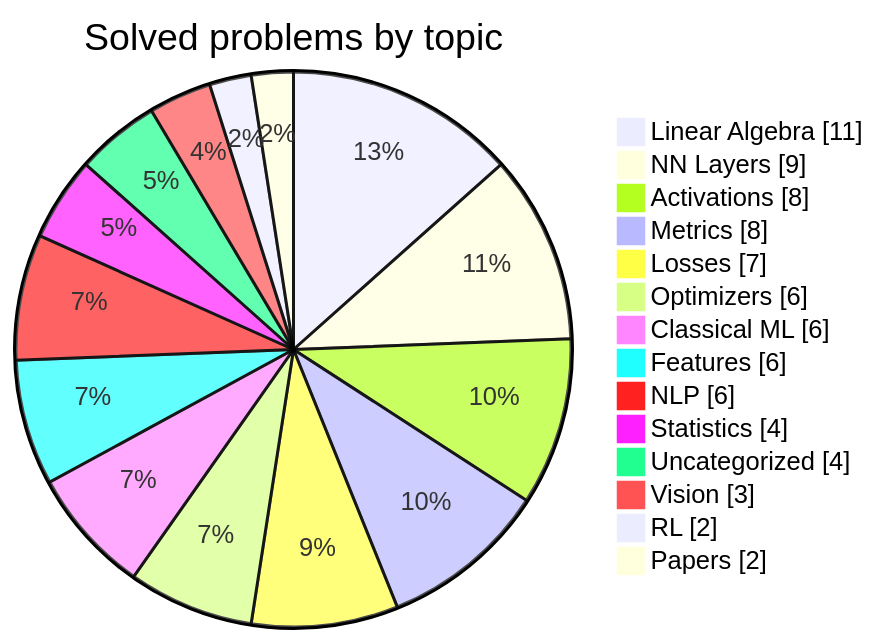
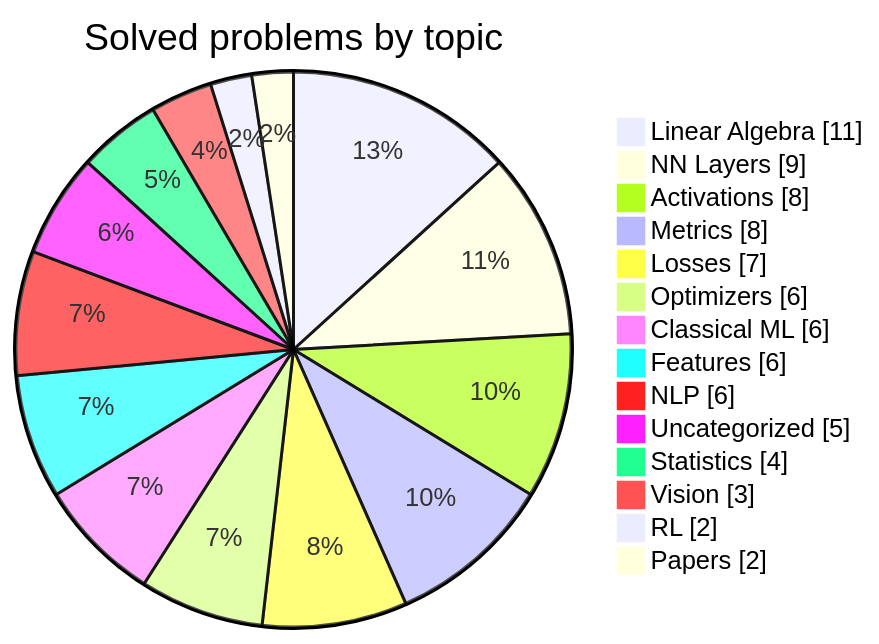
The second of 2 diagrams in README.md (HarryTrn/TensorTonic-Solutions), drawn with Mermaid before and after one commit. The commit also changed other lines of this file, not shown here.

````diff
--- a/README.md
+++ b/README.md
@@ -74,18 +74,18 @@
 ```mermaid
 pie showData
     title Solved problems by topic
     "Linear Algebra" : 11
     "NN Layers" : 9
     "Activations" : 8
     "Metrics" : 8
     "Losses" : 7
     "Optimizers" : 6
     "Classical ML" : 6
     "Features" : 6
     "NLP" : 6
+    "Uncategorized" : 5
     "Statistics" : 4
-    "Uncategorized" : 4
     "Vision" : 3
     "RL" : 2
     "Papers" : 2
 ```
````
